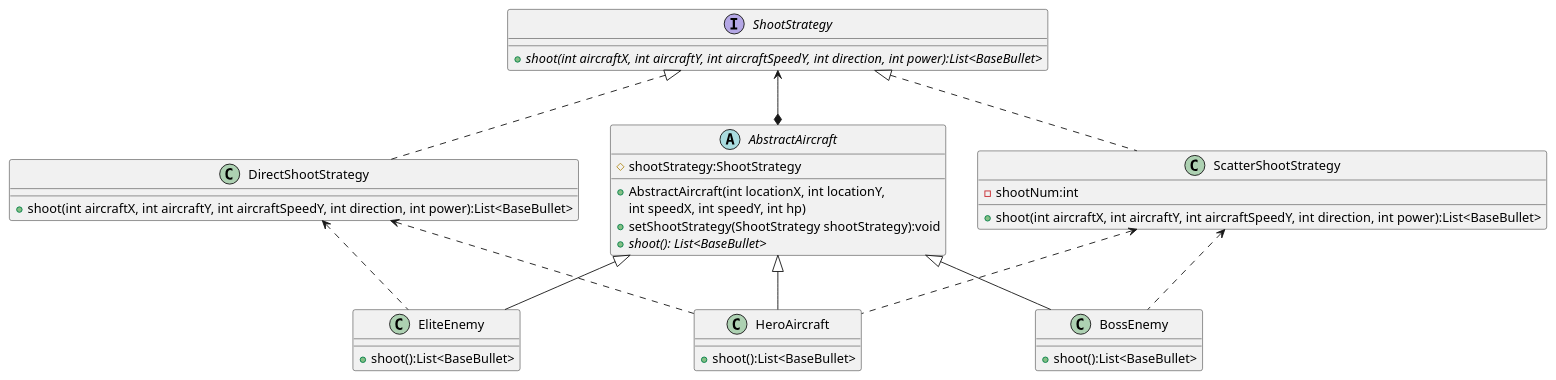
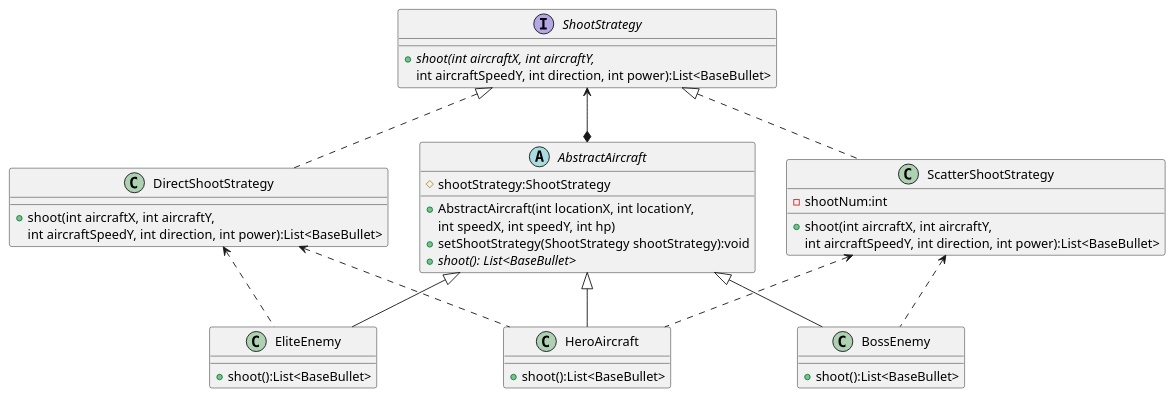
One commit to HaHaRen6/AircraftWar-base changed the diagram in uml/StrategyPattern.puml. Above: the diagram before and after it, drawn with PlantUML. The commit also changed 11 other files, not shown here.

```diff
--- a/uml/StrategyPattern.puml
+++ b/uml/StrategyPattern.puml
@@ -1,51 +1,54 @@
 @startuml StrategyPattern
 'https://plantuml.com/class-diagram
 
 abstract class AbstractAircraft
 {
     # shootStrategy:ShootStrategy
 
     + AbstractAircraft(int locationX, int locationY,
         int speedX, int speedY, int hp)
     + setShootStrategy(ShootStrategy shootStrategy):void
     + {abstract} shoot(): List<BaseBullet>
 }
 
 
 class HeroAircraft {
     + shoot():List<BaseBullet>
 }
 AbstractAircraft <|-- HeroAircraft
 DirectShootStrategy <.. HeroAircraft
 ScatterShootStrategy <.. HeroAircraft
 
 class BossEnemy {
     + shoot():List<BaseBullet>
 }
 AbstractAircraft <|-- BossEnemy
 ScatterShootStrategy <.. BossEnemy
 
 class EliteEnemy {
     + shoot():List<BaseBullet>
 }
 AbstractAircraft <|-- EliteEnemy
 DirectShootStrategy <.. EliteEnemy
 
 interface ShootStrategy{
-    + {abstract}shoot(int aircraftX, int aircraftY, int aircraftSpeedY, int direction, int power):List<BaseBullet>
+    + {abstract}shoot(int aircraftX, int aircraftY,
+    int aircraftSpeedY, int direction, int power):List<BaseBullet>
 }
 ShootStrategy <--* AbstractAircraft
 
 class ScatterShootStrategy{
     - shootNum:int
 
-    + shoot(int aircraftX, int aircraftY, int aircraftSpeedY, int direction, int power):List<BaseBullet>
+    + shoot(int aircraftX, int aircraftY,
+    int aircraftSpeedY, int direction, int power):List<BaseBullet>
 }
 ShootStrategy <|.. ScatterShootStrategy
 
 class DirectShootStrategy{
-    + shoot(int aircraftX, int aircraftY, int aircraftSpeedY, int direction, int power):List<BaseBullet>
+    + shoot(int aircraftX, int aircraftY,
+    int aircraftSpeedY, int direction, int power):List<BaseBullet>
 }
 ShootStrategy <|.. DirectShootStrategy
 
 @enduml
```
